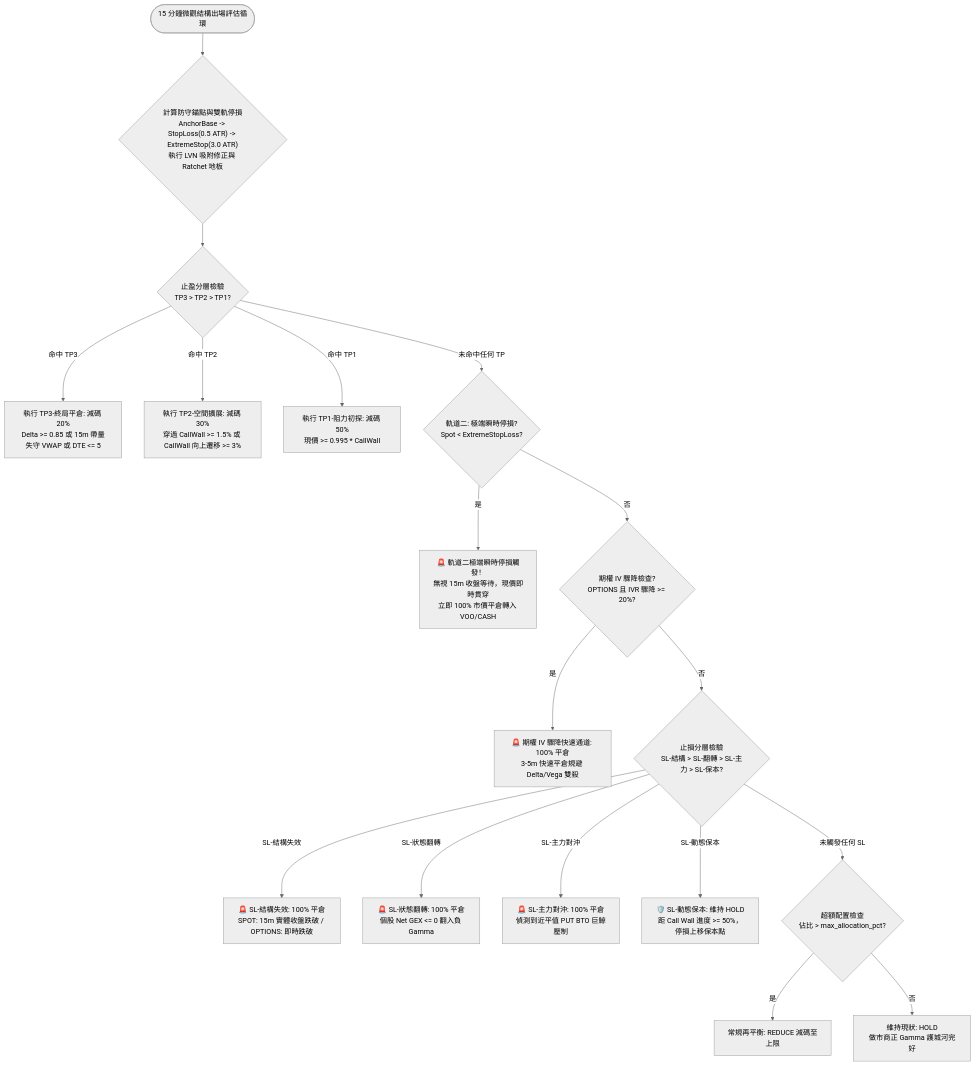
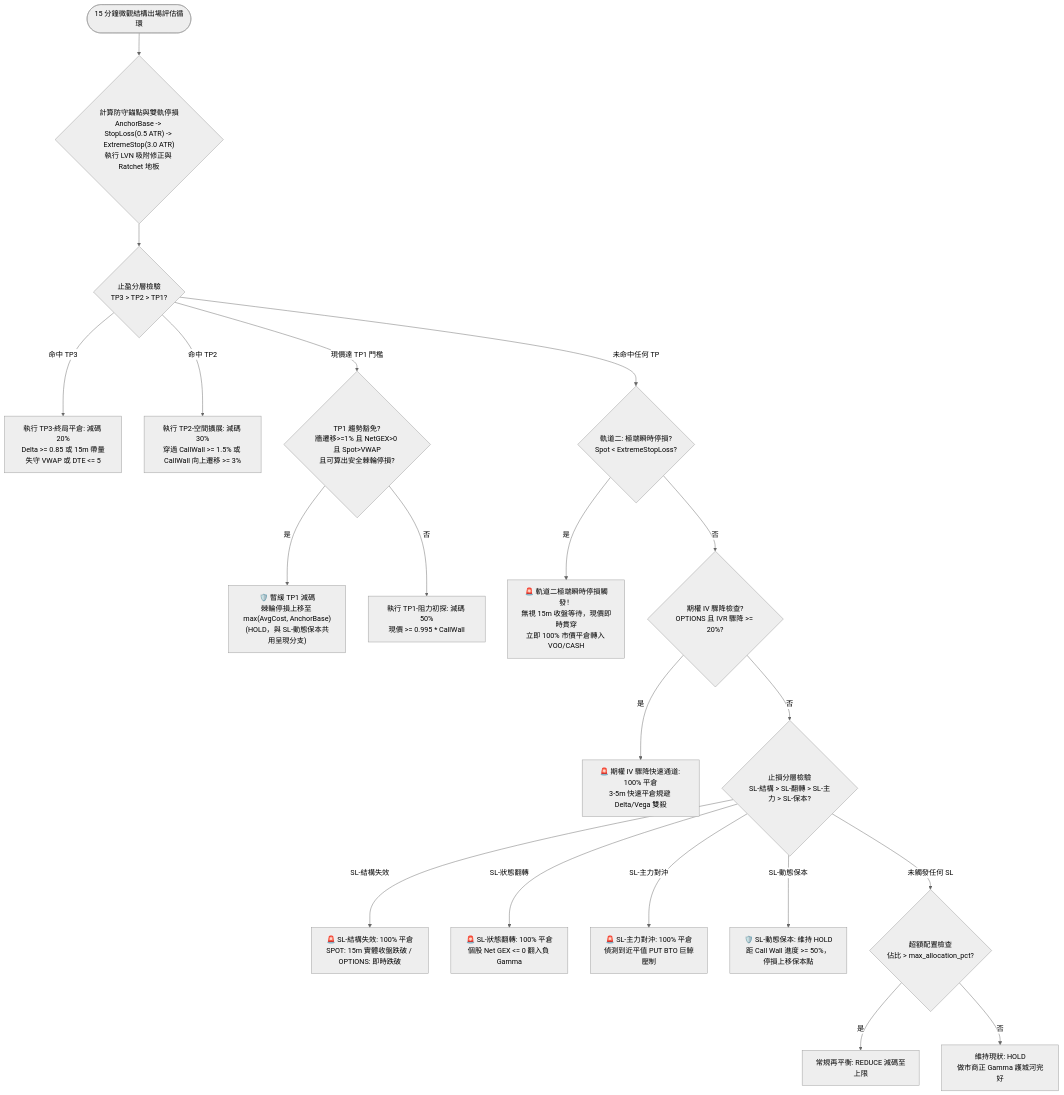
One commit to cosmo-chang-1701/nexus-seeker changed the diagram in docs/strategies/05_dual_track_anti_washout_stop_loss.md. Above: the diagram before and after it, drawn with Mermaid (neutral theme). The commit also changed other lines of this file and 26 other files, not shown here.

````diff
--- a/docs/strategies/05_dual_track_anti_washout_stop_loss.md
+++ b/docs/strategies/05_dual_track_anti_washout_stop_loss.md
@@ -149,29 +158,31 @@
 ```mermaid
 flowchart TD
     Start([15 分鐘微觀結構出場評估循環]) --> Step1{"計算防守錨點與雙軌停損<br/>AnchorBase -> StopLoss(0.5 ATR) -> ExtremeStop(3.0 ATR)<br/>執行 LVN 吸附修正與 Ratchet 地板"}
 
     Step1 --> StepTP{"止盈分層檢驗<br/>TP3 > TP2 > TP1?"}
 
     StepTP -- 命中 TP3 --> ActTP3["執行 TP3-終局平倉: 減碼 20%<br/>Delta >= 0.85 或 15m 帶量失守 VWAP 或 DTE <= 5"]
     StepTP -- 命中 TP2 --> ActTP2["執行 TP2-空間擴展: 減碼 30%<br/>穿過 CallWall >= 1.5% 或 CallWall 向上遷移 >= 3%"]
-    StepTP -- 命中 TP1 --> ActTP1["執行 TP1-阻力初探: 減碼 50%<br/>現價 >= 0.995 * CallWall"]
+    StepTP -- 現價達 TP1 門檻 --> TP1ExemptCheck{"TP1 趨勢豁免?<br/>牆遷移>=1% 且 NetGEX>0 且 Spot>VWAP<br/>且可算出安全棘輪停損?"}
+    TP1ExemptCheck -- 是 --> ActTP1Exempt["🛡️ 暫緩 TP1 減碼<br/>棘輪停損上移至 max(AvgCost, AnchorBase)<br/>(HOLD，與 SL-動態保本共用呈現分支)"]
+    TP1ExemptCheck -- 否 --> ActTP1["執行 TP1-阻力初探: 減碼 50%<br/>現價 >= 0.995 * CallWall"]
 
     StepTP -- 未命中任何 TP --> StepTrack2{"軌道二: 極端瞬時停損?<br/>Spot < ExtremeStopLoss?"}
 
     StepTrack2 -- 是 --> ActTrack2["🚨 軌道二極端瞬時停損觸發！<br/>無視 15m 收盤等待，現價即時貫穿<br/>立即 100% 市價平倉轉入 VOO/CASH"]
 
     StepTrack2 -- 否 --> StepIVR{"期權 IV 驟降檢查?<br/>OPTIONS 且 IVR 驟降 >= 20%?"}
 
     StepIVR -- 是 --> ActIVR["🚨 期權 IV 驟降快速通道: 100% 平倉<br/>3-5m 快速平倉規避 Delta/Vega 雙殺"]
 
     StepIVR -- 否 --> StepSL{"止損分層檢驗<br/>SL-結構 > SL-翻轉 > SL-主力 > SL-保本?"}
 
     StepSL -- SL-結構失效 --> ActSL1["🚨 SL-結構失效: 100% 平倉<br/>SPOT: 15m 實體收盤跌破 / OPTIONS: 即時跌破"]
     StepSL -- SL-狀態翻轉 --> ActSL2["🚨 SL-狀態翻轉: 100% 平倉<br/>個股 Net GEX <= 0 翻入負 Gamma"]
     StepSL -- SL-主力對沖 --> ActSL3["🚨 SL-主力對沖: 100% 平倉<br/>偵測到近平值 PUT BTO 巨鯨壓制"]
     StepSL -- SL-動態保本 --> ActSL4["🛡️ SL-動態保本: 維持 HOLD<br/>距 Call Wall 進度 >= 50%，停損上移保本點"]
 
     StepSL -- 未觸發任何 SL --> StepReduce{"超額配置檢查<br/>佔比 > max_allocation_pct?"}
     StepReduce -- 是 --> ActReduce[常規再平衡: REDUCE 減碼至上限]
     StepReduce -- 否 --> ActHold["維持現狀: HOLD<br/>做市商正 Gamma 護城河完好"]
 ```
````
